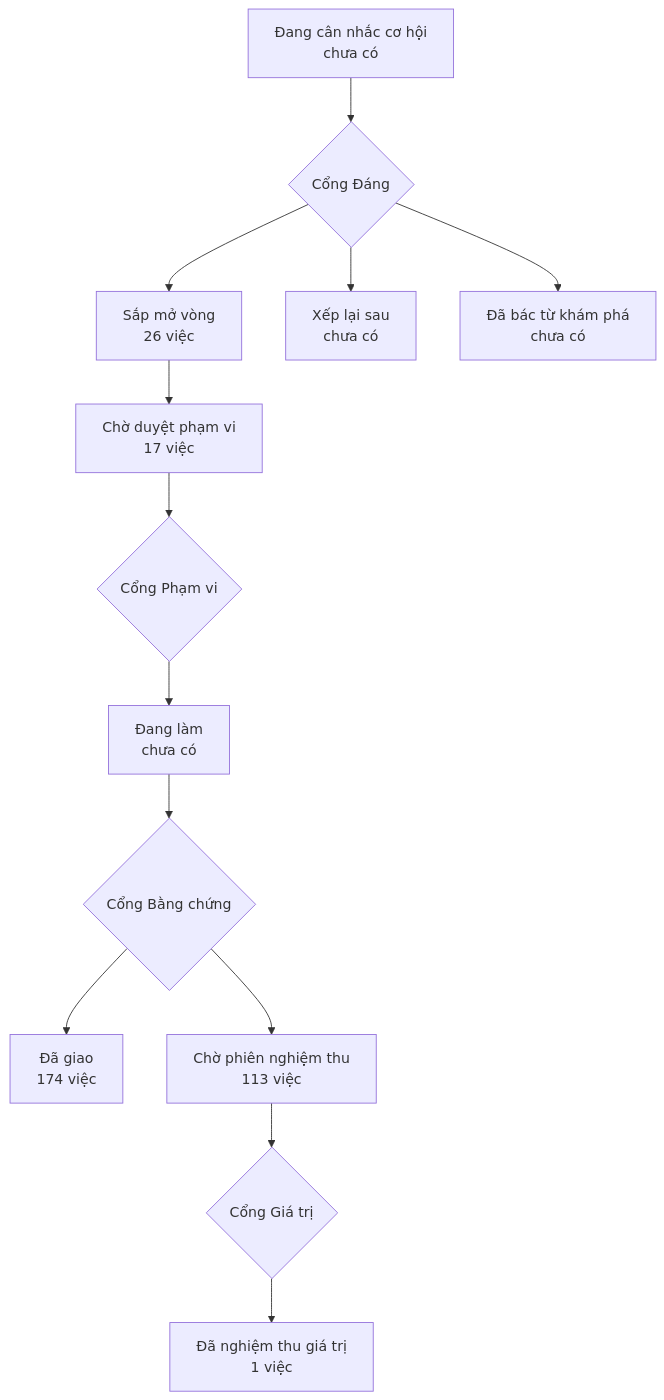
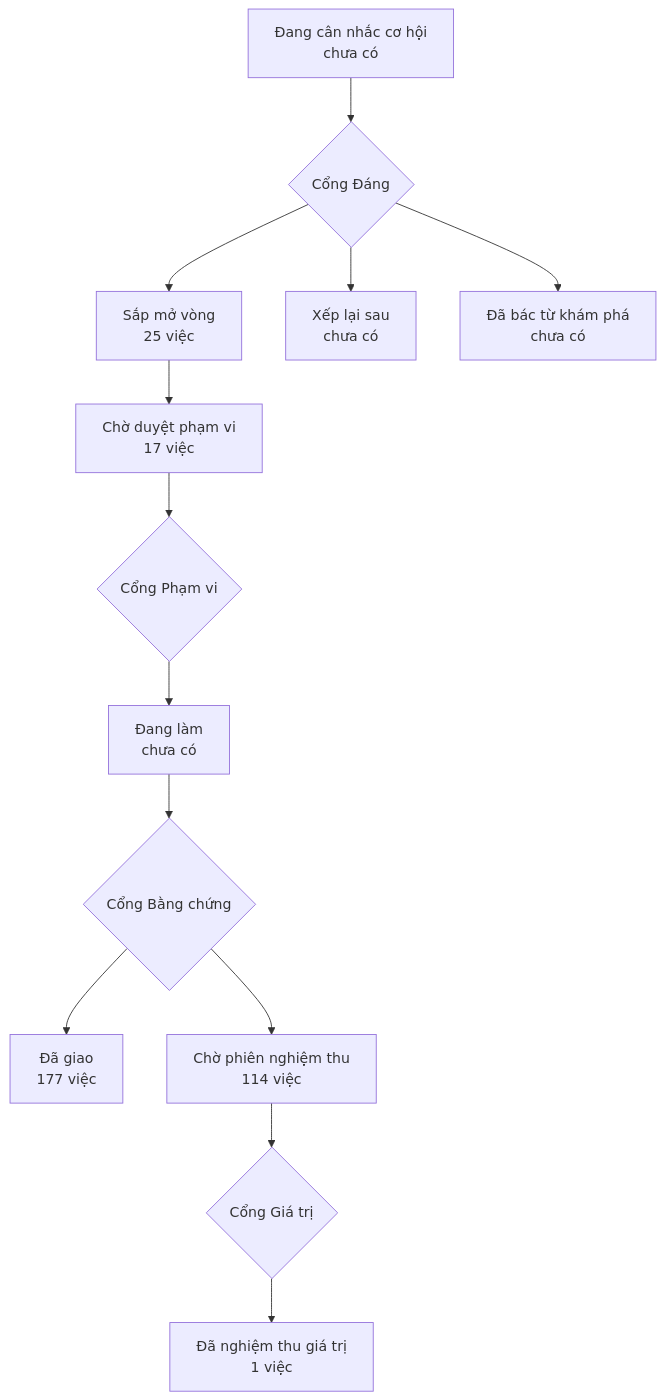
The diagram in PRODUCT-MAP.md (phanlemanh/onehub-invest), drawn with Mermaid before and after one commit. The commit also changed other lines of this file and 1 other file, not shown here.

Commit message:
docs: vẽ lại bản đồ sản phẩm sau gộp main (tang-tren-tin-s03)

````diff
--- a/PRODUCT-MAP.md
+++ b/PRODUCT-MAP.md
@@ -7,12 +7,12 @@
 ```mermaid
 flowchart TD
   A["Đang cân nhắc cơ hội<br/>chưa có"] --> GD{"Cổng Đáng"}
-  GD --> B["Sắp mở vòng<br/>26 việc"]
+  GD --> B["Sắp mở vòng<br/>25 việc"]
   GD --> XL["Xếp lại sau<br/>chưa có"]
   GD --> DB["Đã bác từ khám phá<br/>chưa có"]
   B --> CD["Chờ duyệt phạm vi<br/>17 việc"] --> GP{"Cổng Phạm vi"}
   GP --> DL["Đang làm<br/>chưa có"] --> GB{"Cổng Bằng chứng"}
-  GB --> DG["Đã giao<br/>174 việc"]
-  GB --> CN["Chờ phiên nghiệm thu<br/>113 việc"] --> GG{"Cổng Giá trị"}
+  GB --> DG["Đã giao<br/>177 việc"]
+  GB --> CN["Chờ phiên nghiệm thu<br/>114 việc"] --> GG{"Cổng Giá trị"}
   GG --> NT["Đã nghiệm thu giá trị<br/>1 việc"]
 ```
````
